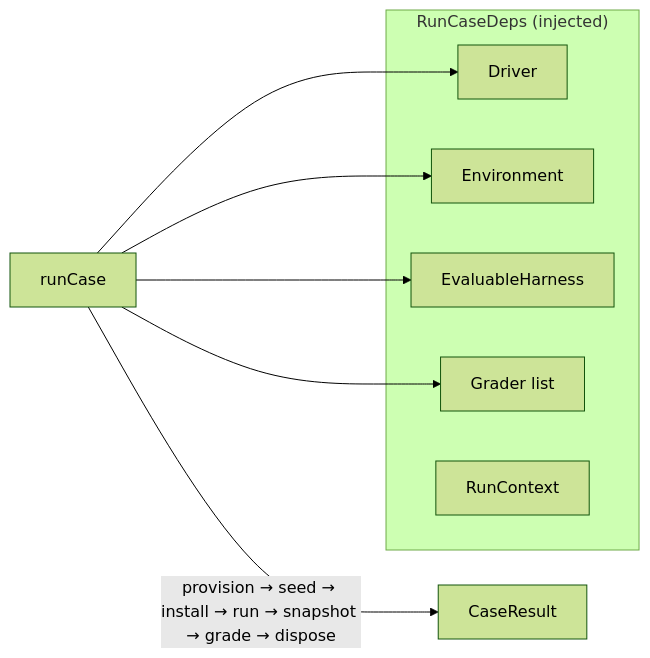
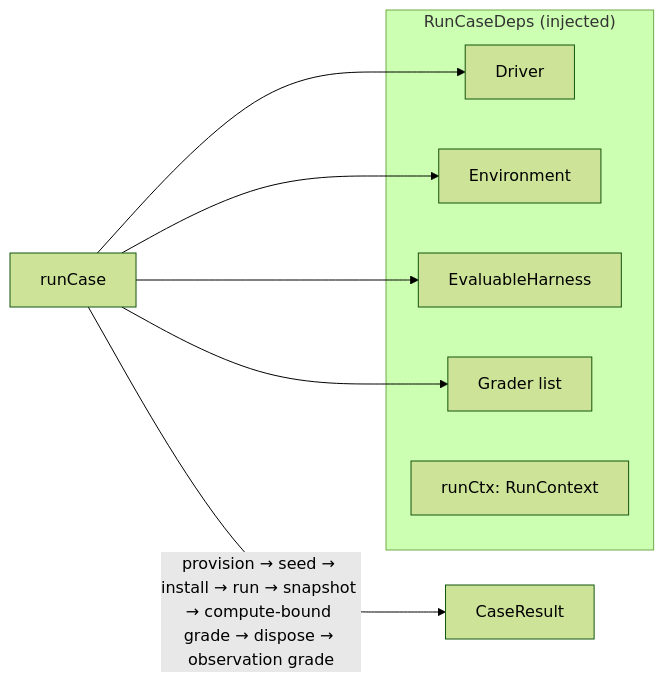
Before and after one commit to everdict/everdict: the tenth of 24 diagrams in docs/architecture/collaboration.md, drawn with Mermaid (forest theme). The commit also changed other lines of this file and 179 other files, not shown here.

````diff
--- a/docs/architecture/collaboration.md
+++ b/docs/architecture/collaboration.md
@@ -509,11 +550,11 @@
 ```mermaid
 flowchart LR
   subgraph deps["RunCaseDeps (injected)"]
-    d[Driver] & e[Environment] & h[EvaluableHarness] & g["Grader list"] & c[RunContext]
+    d[Driver] & e[Environment] & h[EvaluableHarness] & g["Grader list"] & c["runCtx: RunContext"]
   end
   runCase --> d
   runCase --> e
   runCase --> h
   runCase --> g
-  runCase -->|"provision → seed → install → run → snapshot → grade → dispose"| out[CaseResult]
+  runCase -->|"provision → seed → install → run → snapshot → compute-bound grade → dispose → observation grade"| out[CaseResult]
 ```
````
